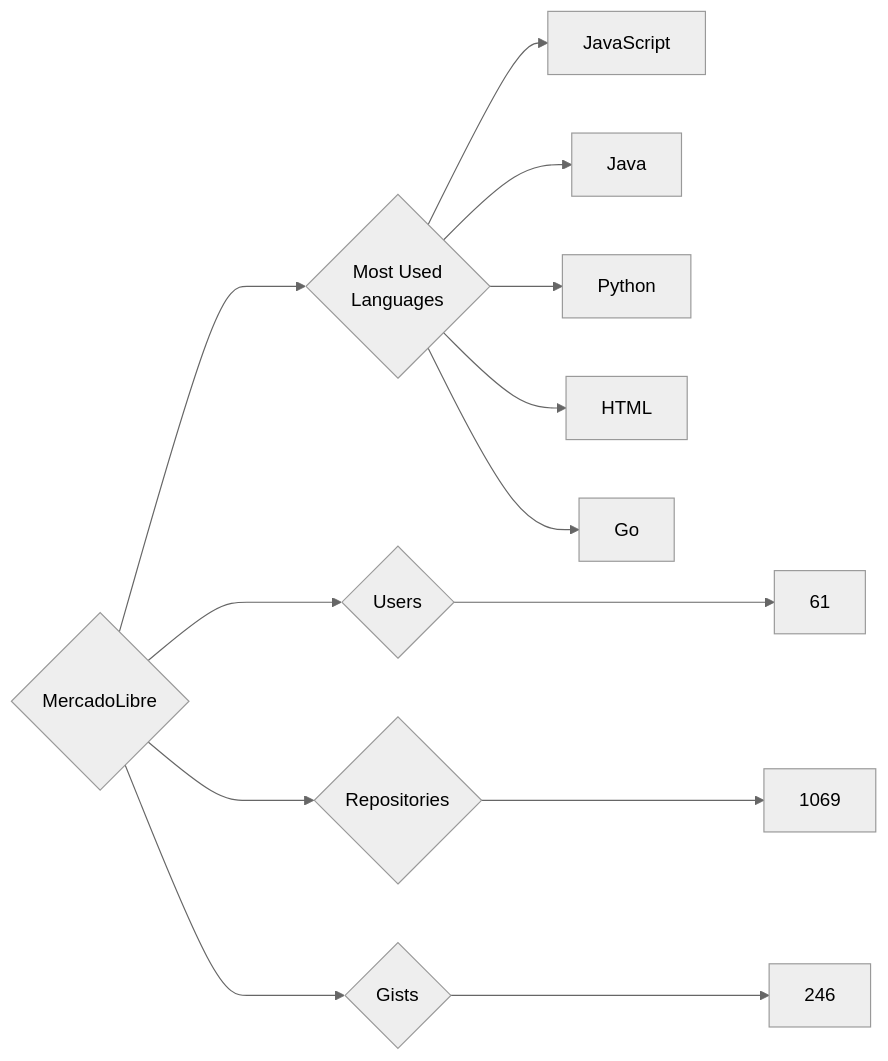
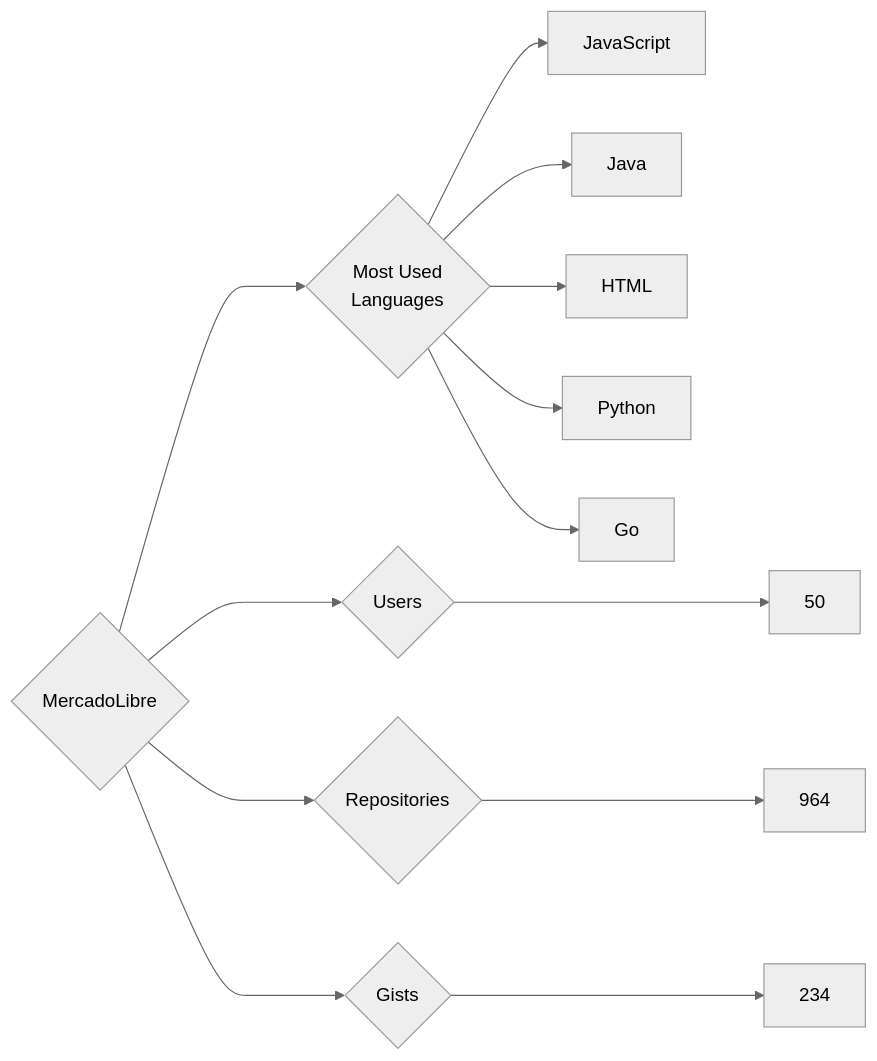
The diagram in targets/MercadoLibre/README.md (trickest/insiders), drawn with Mermaid (neutral theme) before and after one commit. The commit also changed 839 other files, not shown here.

````diff
--- a/targets/MercadoLibre/README.md
+++ b/targets/MercadoLibre/README.md
@@ -3,13 +3,13 @@
 ```mermaid
 graph LR
 COMPANY_NAME{MercadoLibre}
-COMPANY_NAME ---> U{Users} ---> UN[61]
-COMPANY_NAME ---> R{Repositories} ---> RN[1069]
-COMPANY_NAME ---> G{Gists} ---> GN[246]
+COMPANY_NAME ---> U{Users} ---> UN[50]
+COMPANY_NAME ---> R{Repositories} ---> RN[964]
+COMPANY_NAME ---> G{Gists} ---> GN[234]
 COMPANY_NAME ---> ML{Most Used<br>Languages}
 ML --> JavaScript[JavaScript]
 ML --> Java[Java]
+ML --> HTML[HTML]
 ML --> Python[Python]
-ML --> HTML[HTML]
 ML --> Go[Go]
 ```
````
